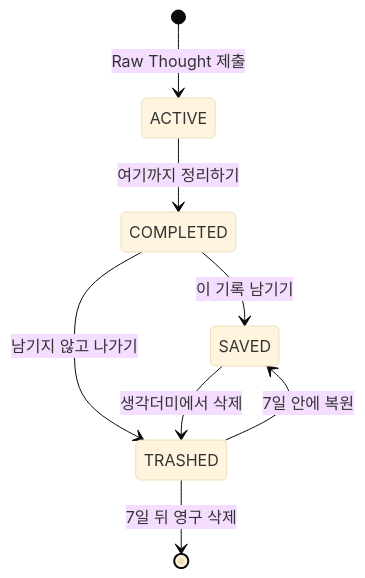
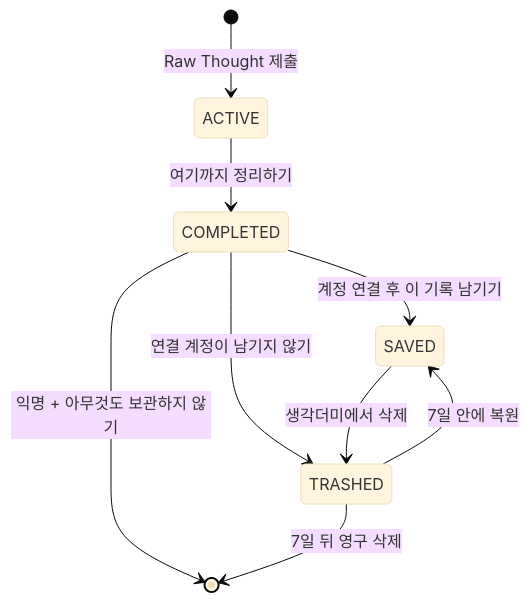
Before and after one commit to rudin0806/Nook: the third of 4 diagrams in docs/ERD.md, drawn with Mermaid (base theme). The commit also changed other lines of this file and 6 other files, not shown here.

````diff
--- a/docs/ERD.md
+++ b/docs/ERD.md
@@ -243,10 +246,11 @@
 ```mermaid
 stateDiagram-v2
     [*] --> ACTIVE: Raw Thought 제출
     ACTIVE --> COMPLETED: 여기까지 정리하기
-    COMPLETED --> SAVED: 이 기록 남기기
-    COMPLETED --> TRASHED: 남기지 않고 나가기
+    COMPLETED --> SAVED: 계정 연결 후 이 기록 남기기
+    COMPLETED --> TRASHED: 연결 계정이 남기지 않기
+    COMPLETED --> [*]: 익명 + 아무것도 보관하지 않기
     SAVED --> TRASHED: 생각더미에서 삭제
     TRASHED --> SAVED: 7일 안에 복원
     TRASHED --> [*]: 7일 뒤 영구 삭제
 ```
````
